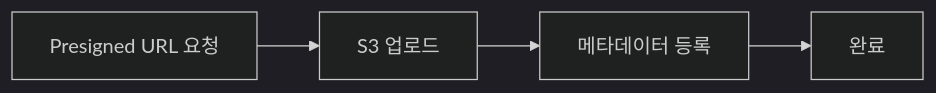
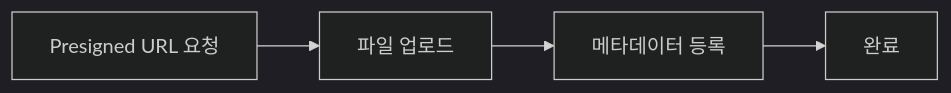
Before and after one commit to popup-studio-ai/bkend-docs: the third of 4 diagrams in ko/storage/01-overview.md, drawn with Mermaid (dark theme). The commit also changed other lines of this file and 45 other files, not shown here.

````diff
--- a/ko/storage/01-overview.md
+++ b/ko/storage/01-overview.md
@@ -101,6 +101,6 @@
 ```mermaid
 flowchart LR
-    A[Presigned URL 요청] --> B[S3 업로드]
+    A[Presigned URL 요청] --> B[파일 업로드]
     B --> C[메타데이터 등록]
     C --> D[완료]
 ```
````
